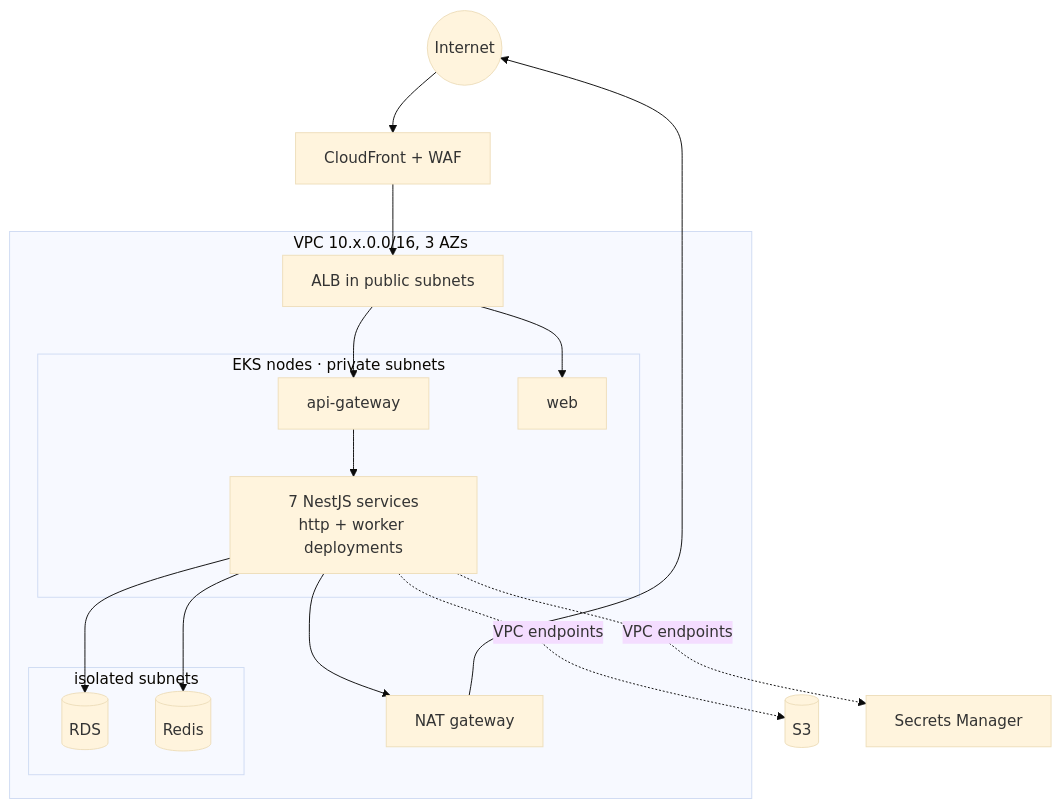
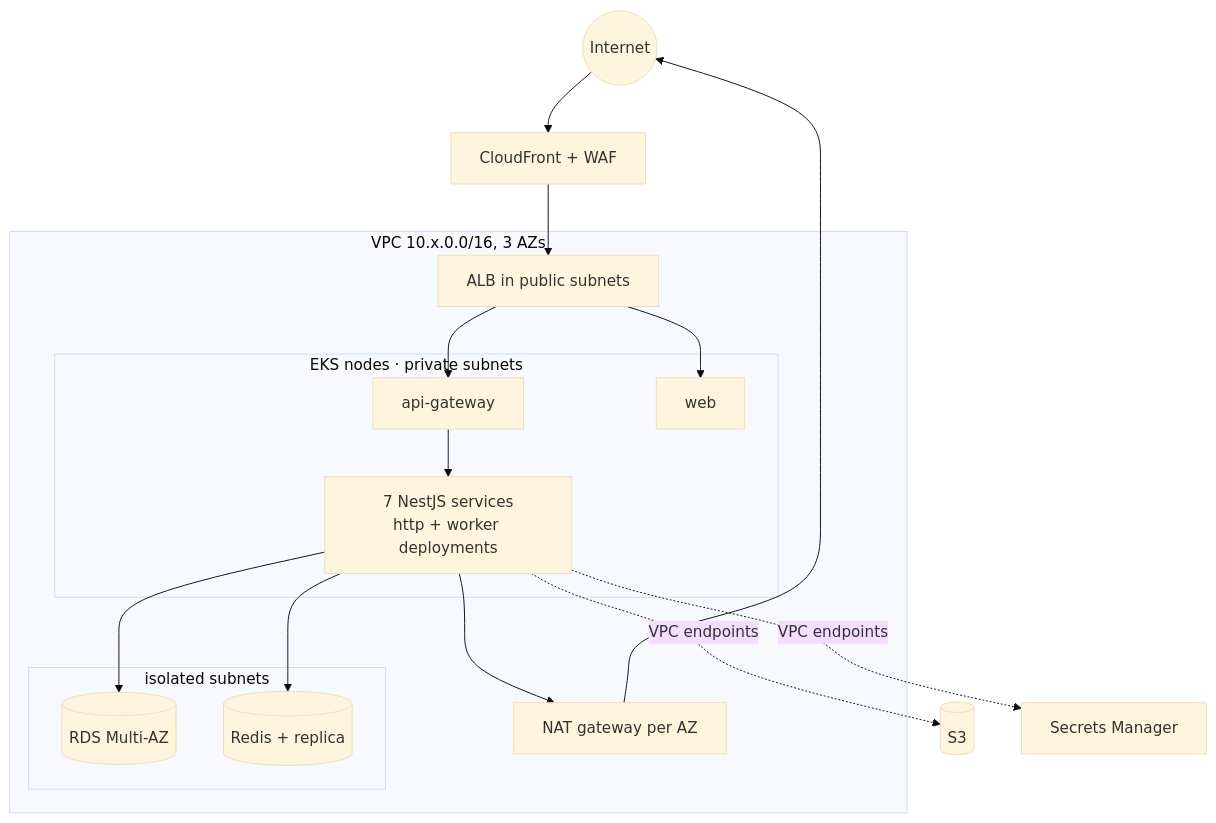
The second of 3 diagrams in docs/architecture/deployment-architecture.md (master-node1/theauracoach), drawn with Mermaid (base theme) before and after one commit. The commit also changed other lines of this file and 9 other files, not shown here.

````diff
--- a/docs/architecture/deployment-architecture.md
+++ b/docs/architecture/deployment-architecture.md
@@ -31,26 +85,26 @@
 ```mermaid
 flowchart TB
   inet((Internet)) --> cf[CloudFront + WAF]
   cf --> alb[ALB in public subnets]
   subgraph vpc["VPC 10.x.0.0/16, 3 AZs"]
     subgraph eks["EKS nodes · private subnets"]
       gw[api-gateway]
       webt[web]
       svcs[7 NestJS services<br/>http + worker deployments]
     end
     subgraph iso["isolated subnets"]
-      rds[(RDS)]
-      redis[(Redis)]
+      rds[(RDS Multi-AZ)]
+      redis[(Redis + replica)]
     end
     alb --> gw
     alb --> webt
     gw --> svcs
     svcs --> rds
     svcs --> redis
-    nat[NAT gateway]
+    nat[NAT gateway per AZ]
     svcs --> nat
   end
   nat --> inet
   svcs -. VPC endpoints .-> s3[(S3)]
   svcs -. VPC endpoints .-> sm[Secrets Manager]
 ```
````
